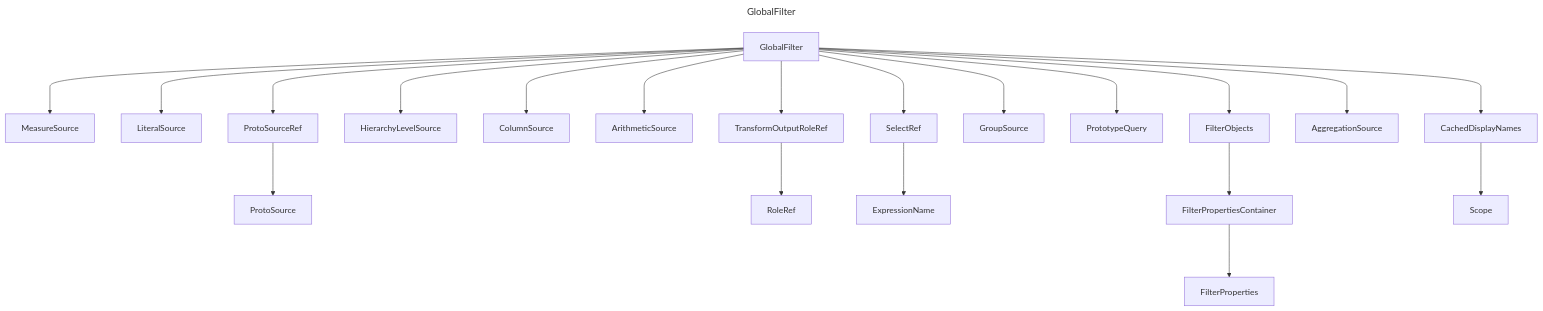
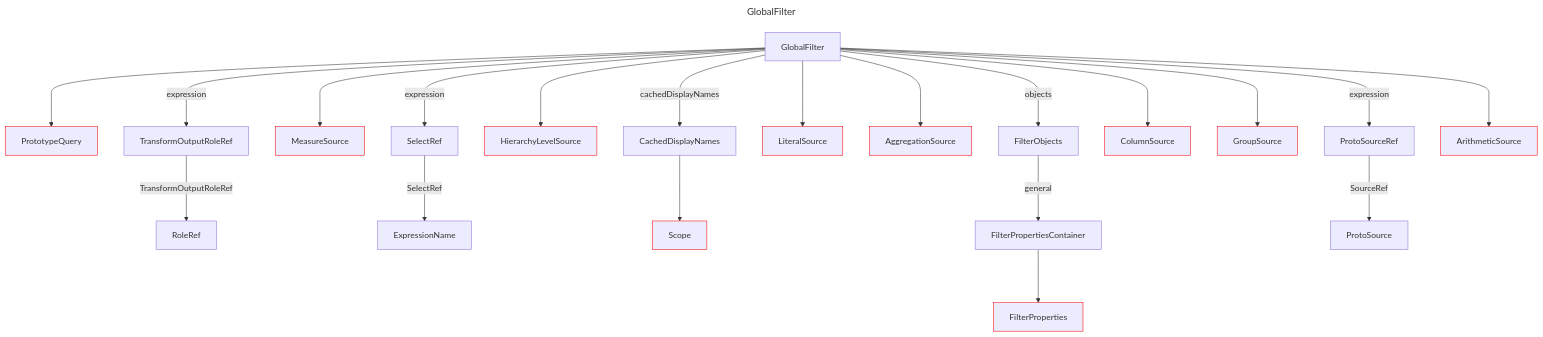
The diagram in docs/docs/layout/erd/GlobalFilter.md (douglassimonsen/pbi_core), drawn with Mermaid before and after one commit. The commit also changed 77 other files, not shown here.

Commit message:
Updated to color code the layout ERD

````diff
--- a/docs/docs/layout/erd/GlobalFilter.md
+++ b/docs/docs/layout/erd/GlobalFilter.md
@@ -1,45 +1,55 @@
 ```mermaid
 ---
 title: GlobalFilter
 ---
 graph 
-2721642009152["MeasureSource"]
-2721642039408["ProtoSource"]
-2721642022816["LiteralSource"]
-2721642040384["RoleRef"]
-2722076087968["FilterObjects"]
-2721642012080["HierarchyLevelSource"]
-2721641893008["FilterProperties"]
-2721642014032["ColumnSource"]
-2721642013056["ExpressionName"]
-2722076166048["GlobalFilter"]
-2721642031600["ArithmeticSource"]
-2721642023792["ProtoSourceRef"]
-2721642024768["TransformOutputRoleRef"]
-2721642035504["GroupSource"]
-2722076123104["PrototypeQuery"]
-2722076124080["CachedDisplayNames"]
-2721641879344["FilterPropertiesContainer"]
-2722076120176["Scope"]
-2721642003296["AggregationSource"]
-2721642016960["SelectRef"]
-2722076166048 ---> 2721642024768
-2722076166048 ---> 2722076087968
-2722076166048 ---> 2722076123104
-2722076087968 ---> 2721641879344
-2722076166048 ---> 2721642031600
-2722076166048 ---> 2721642023792
-2721642024768 ---> 2721642040384
-2722076166048 ---> 2721642022816
-2721642023792 ---> 2721642039408
-2722076166048 ---> 2721642012080
-2721642016960 ---> 2721642013056
-2722076166048 ---> 2721642016960
-2722076166048 ---> 2721642003296
-2721641879344 ---> 2721641893008
-2722076166048 ---> 2721642014032
-2722076166048 ---> 2721642035504
-2722076124080 ---> 2722076120176
-2722076166048 ---> 2722076124080
-2722076166048 ---> 2721642009152
+2430071820688["RoleRef"]
+2430071951472["PrototypeQuery"]
+style 2430071951472 stroke:#ff0000,stroke-width:1px
+2430071814832["TransformOutputRoleRef"]
+2430071366800["ExpressionName"]
+2430071359968["MeasureSource"]
+style 2430071359968 stroke:#ff0000,stroke-width:1px
+2430071356064["SelectRef"]
+2430071363872["HierarchyLevelSource"]
+style 2430071363872 stroke:#ff0000,stroke-width:1px
+2430071944640["FilterObjects"]
+2430071816784["LiteralSource"]
+style 2430071816784 stroke:#ff0000,stroke-width:1px
+2430071960256["Scope"]
+style 2430071960256 stroke:#ff0000,stroke-width:1px
+2430071358016["AggregationSource"]
+style 2430071358016 stroke:#ff0000,stroke-width:1px
+2430071933904["FilterPropertiesContainer"]
+2430071825568["ProtoSourceRef"]
+2430071365824["ColumnSource"]
+style 2430071365824 stroke:#ff0000,stroke-width:1px
+2430071754320["GlobalFilter"]
+2430071808976["GroupSource"]
+style 2430071808976 stroke:#ff0000,stroke-width:1px
+2430071819712["ProtoSource"]
+2430071973920["CachedDisplayNames"]
+2430071915360["FilterProperties"]
+style 2430071915360 stroke:#ff0000,stroke-width:1px
+2430071382416["ArithmeticSource"]
+style 2430071382416 stroke:#ff0000,stroke-width:1px
+2430071754320 ---> 2430071382416
+2430071933904 ---> 2430071915360
+2430071754320 ---> 2430071951472
+2430071754320 ---> 2430071365824
+2430071754320 --->|expression| 2430071356064
+2430071754320 ---> 2430071363872
+2430071825568 --->|SourceRef| 2430071819712
+2430071754320 --->|expression| 2430071814832
+2430071754320 --->|expression| 2430071825568
+2430071754320 --->|objects| 2430071944640
+2430071814832 --->|TransformOutputRoleRef| 2430071820688
+2430071944640 --->|general| 2430071933904
+2430071754320 ---> 2430071808976
+2430071973920 ---> 2430071960256
+2430071754320 ---> 2430071358016
+2430071356064 --->|SelectRef| 2430071366800
+2430071754320 --->|cachedDisplayNames| 2430071973920
+2430071754320 ---> 2430071359968
+2430071754320 ---> 2430071816784
 ```
````
